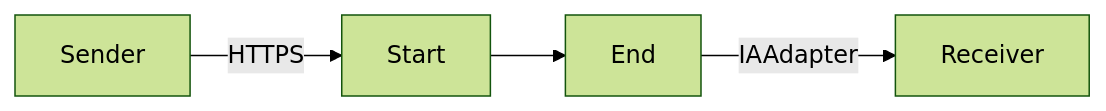
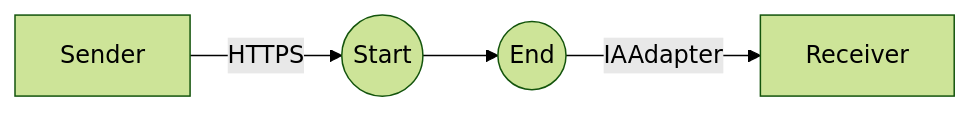
One commit to Avvale-IA-CICD/AvvaleCPI changed the diagram in b+ dgtal IA/Testing_Endpoint/1.0.0/readme.md. Above: the diagram before and after it, drawn with Mermaid (forest theme). The commit also changed other lines of this file, not shown here.

Commit message:
docs: Add/update version README for b+ dgtal IA/Testing_Endpoint/1.0.0

````diff
--- a/b+ dgtal IA/Testing_Endpoint/1.0.0/readme.md
+++ b/b+ dgtal IA/Testing_Endpoint/1.0.0/readme.md
@@ -4,11 +4,6 @@
 ```mermaid
 graph LR
-    Participant_1[Sender]
-    Participant_2[Receiver]
-    StartEvent_2[Start]
-    EndEvent_2[End]
-
-    Participant_1 -- HTTPS --> StartEvent_2
-    StartEvent_2 --> EndEvent_2
-    EndEvent_2 -- IAAdapter --> Participant_2
+    Participant_1[Sender] -- HTTPS --> StartEvent_2((Start))
+    StartEvent_2((Start)) --> EndEvent_2((End))
+    EndEvent_2((End)) -- IAAdapter --> Participant_2[Receiver]
 ```
````
